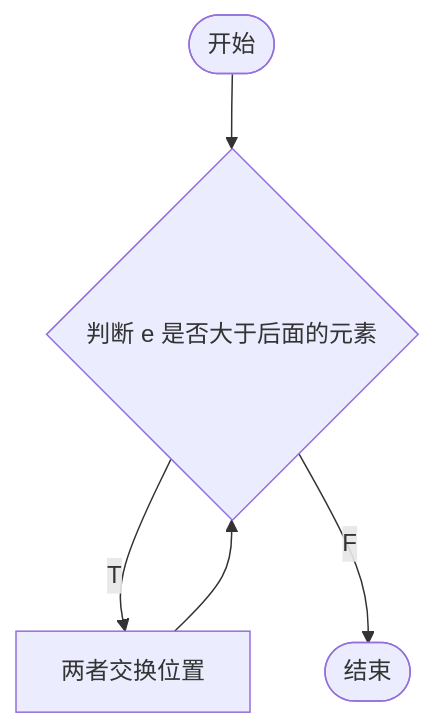
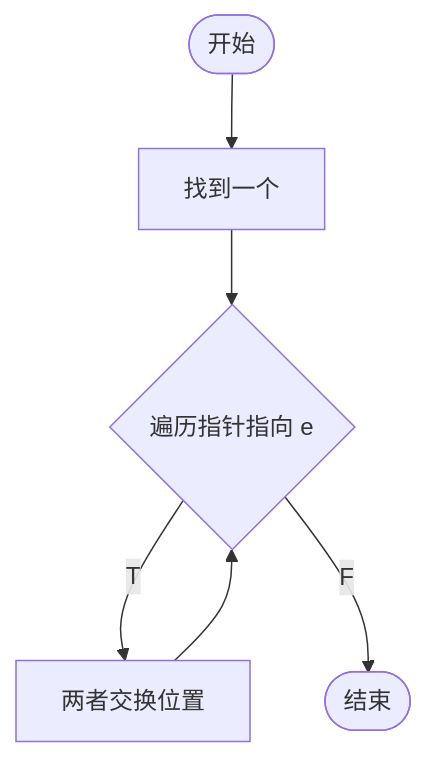
The third of 3 diagrams in content/posts/理论知识/数据结构和算法.md (2198764529/obsidian), drawn with Mermaid before and after one commit. The commit also changed other lines of this file and 2 other files, not shown here.

````diff
--- a/content/posts/理论知识/数据结构和算法.md
+++ b/content/posts/理论知识/数据结构和算法.md
@@ -80,6 +101,6 @@
 ```mermaid 
 graph TB;
- n_start([开始])-->n1{"判断 e 是否大于后面的元素"}
+ n_start([开始])-->n0["找到一个"]-->n1{"遍历指针指向 e "}
  n1-- T -->n2["两者交换位置"]-->n1
  n1-- F -->n_end(["结束"])
 ```
````
